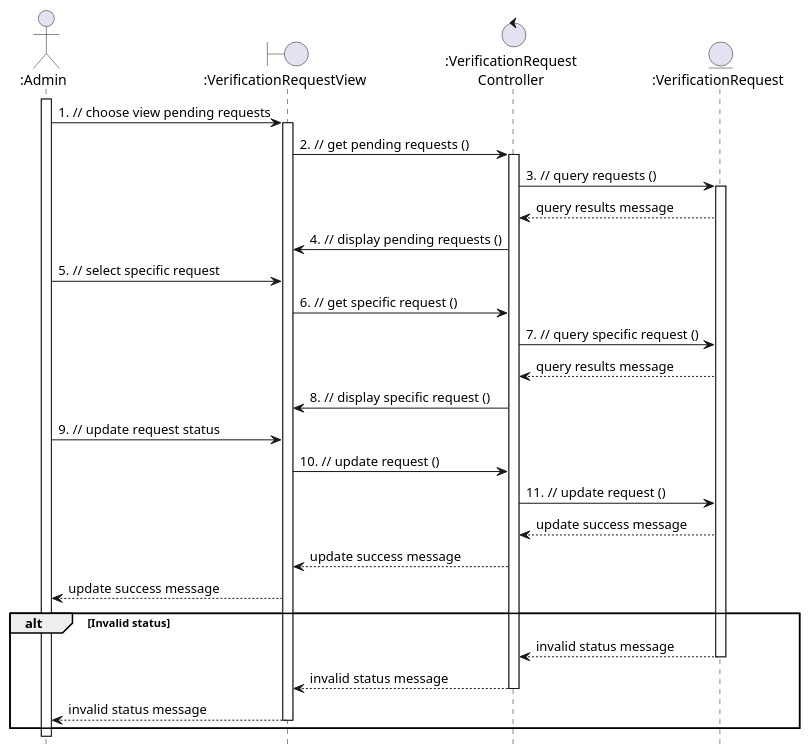
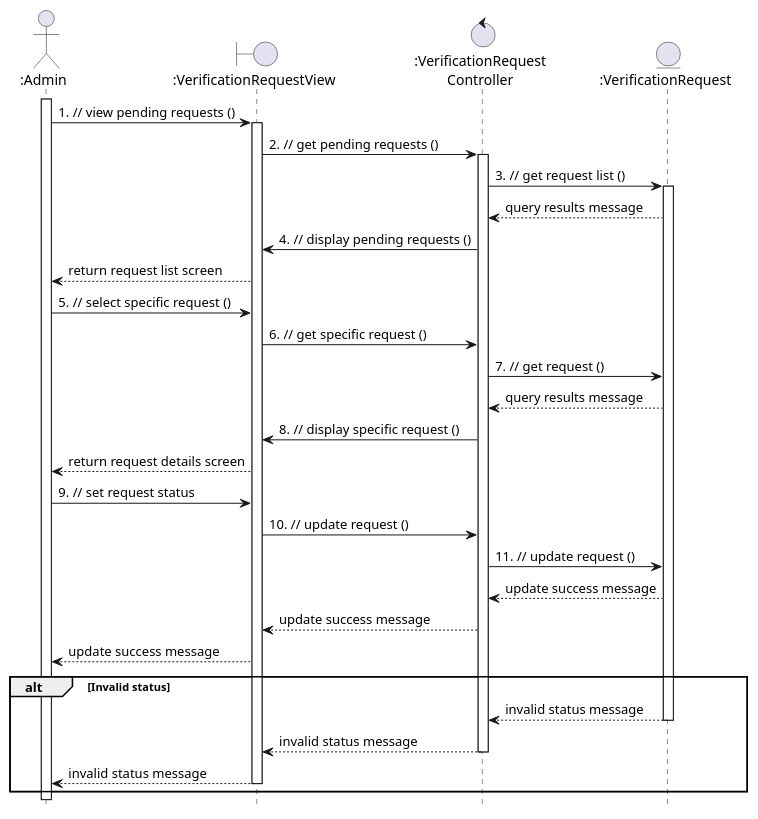
One commit to anhbanlinhle/velocity-exchange changed the diagram in uml/analysis/sequence/approve_car_for_auction.pu. Above: the diagram before and after it, drawn with PlantUML. The commit also changed 5 other files, not shown here.

Commit message:
doc[lynn]: fix analysis sequences

```diff
--- a/uml/analysis/sequence/approve_car_for_auction.pu
+++ b/uml/analysis/sequence/approve_car_for_auction.pu
@@ -1,43 +1,45 @@
 @startuml
 hide footbox
 
 
 actor ":Admin" as Admin
 boundary ":VerificationRequestView" as PendingRequestsView
 control ":VerificationRequest\nController" as VerificationRequestController
 entity ":VerificationRequest" as PendingRequests
 
 Admin ++
-  Admin -> PendingRequestsView: 1. // choose view pending requests
+  Admin -> PendingRequestsView: 1. // view pending requests ()
   PendingRequestsView ++
     PendingRequestsView -> VerificationRequestController: 2. // get pending requests ()
     VerificationRequestController ++
-      VerificationRequestController -> PendingRequests: 3. // query requests ()
+      VerificationRequestController -> PendingRequests: 3. // get request list ()
         PendingRequests ++
         PendingRequests --> VerificationRequestController: query results message
       VerificationRequestController -> PendingRequestsView: 4. // display pending requests ()
+      PendingRequestsView --> Admin: return request list screen
 
 
-  Admin -> PendingRequestsView: 5. // select specific request
+  Admin -> PendingRequestsView: 5. // select specific request ()
     PendingRequestsView -> VerificationRequestController: 6. // get specific request ()
-      VerificationRequestController -> PendingRequests: 7. // query specific request ()
+      VerificationRequestController -> PendingRequests: 7. // get request ()
         PendingRequests --> VerificationRequestController: query results message
       VerificationRequestController -> PendingRequestsView: 8. // display specific request ()
+      PendingRequestsView --> Admin: return request details screen
 
-  Admin -> PendingRequestsView: 9. // update request status
+  Admin -> PendingRequestsView: 9. // set request status
     PendingRequestsView -> VerificationRequestController: 10. // update request ()
       VerificationRequestController -> PendingRequests: 11. // update request ()
         PendingRequests --> VerificationRequestController: update success message
       VerificationRequestController --> PendingRequestsView: update success message
     PendingRequestsView --> Admin: update success message
 
 alt Invalid status
   PendingRequests --> VerificationRequestController: invalid status message
   PendingRequests --
     VerificationRequestController --> PendingRequestsView: invalid status message
     VerificationRequestController --
     PendingRequestsView --> Admin: invalid status message
     PendingRequestsView --
 end
 
 @enduml
```
